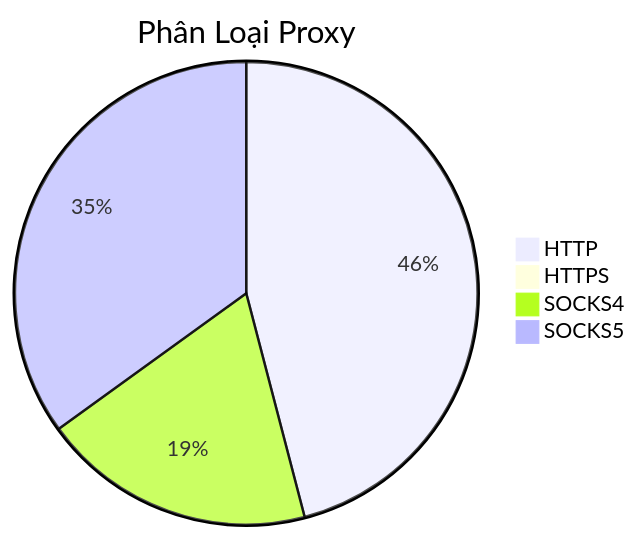
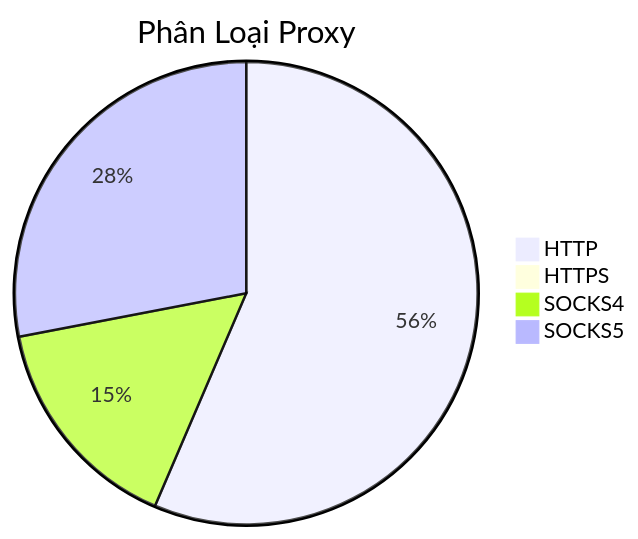
The diagram in README.md (Ciara-12/PROXY-free), drawn with Mermaid before and after one commit. The commit also changed other lines of this file and 4 other files, not shown here.

````diff
--- a/README.md
+++ b/README.md
@@ -26,7 +26,7 @@
 ```mermaid
 pie title Phân Loại Proxy
-    "HTTP" : 356
-    "HTTPS" : 4
+    "HTTP" : 538
+    "HTTPS" : 2
     "SOCKS4" : 148
-    "SOCKS5" : 271
+    "SOCKS5" : 267
 ```
````
